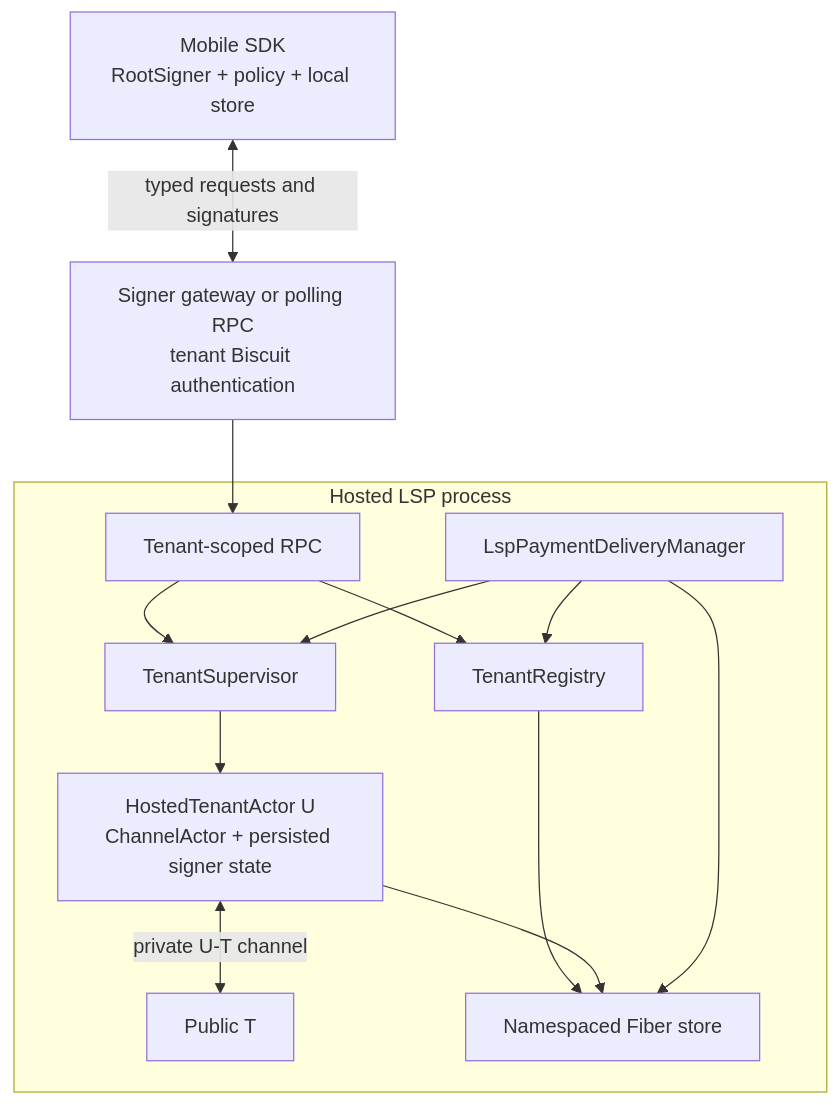
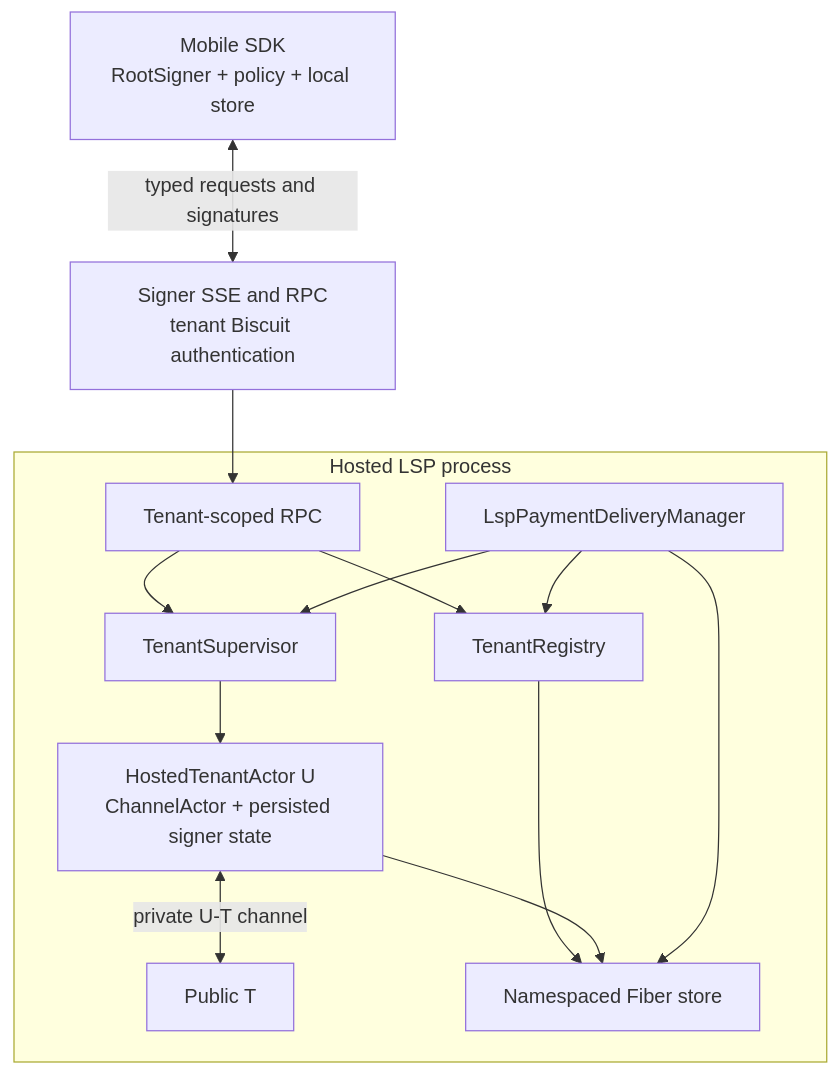
One commit to nervosnetwork/fiber changed the second of 4 diagrams in docs/notes/hosted-lsp-remote-signer.md. Above: the diagram before and after it, drawn with Mermaid. The commit also changed other lines of this file and 31 other files, not shown here.

First line of the commit message:
feat(lsp): stream tenant signing requests over SSE

````diff
--- a/docs/notes/hosted-lsp-remote-signer.md
+++ b/docs/notes/hosted-lsp-remote-signer.md
@@ -126,28 +184,28 @@
 ```mermaid
 flowchart TB
     M["Mobile SDK<br/>RootSigner + policy + local store"]
-    G["Signer gateway or polling RPC<br/>tenant Biscuit authentication"]
+    G["Signer SSE and RPC<br/>tenant Biscuit authentication"]
 
     subgraph LSP["Hosted LSP process"]
         API["Tenant-scoped RPC"]
         TR["TenantRegistry"]
         TS["TenantSupervisor"]
         DM["LspPaymentDeliveryManager"]
         U["HostedTenantActor U<br/>ChannelActor + persisted signer state"]
         T["Public T"]
         STORE["Namespaced Fiber store"]
 
         API --> TR
         API --> TS
         TS --> U
         DM --> TR
         DM --> TS
         U <-->|"private U-T channel"| T
         TR --> STORE
         U --> STORE
         DM --> STORE
     end
 
     M <-->|"typed requests and signatures"| G
     G --> API
 ```
````
